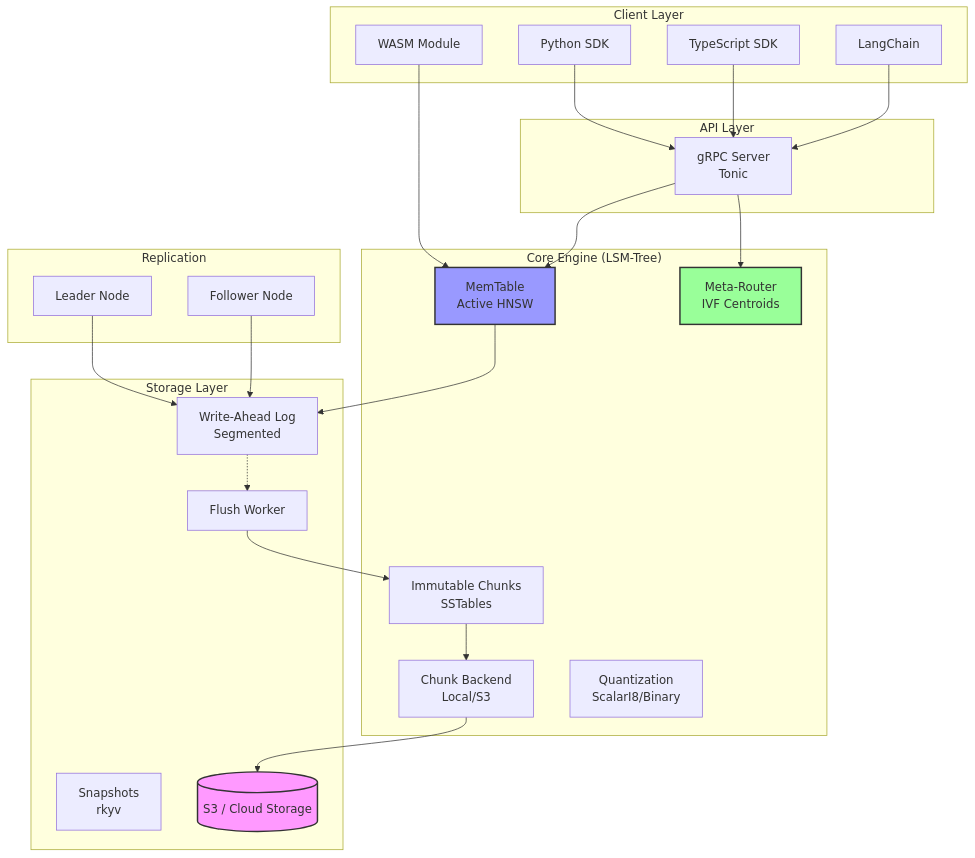
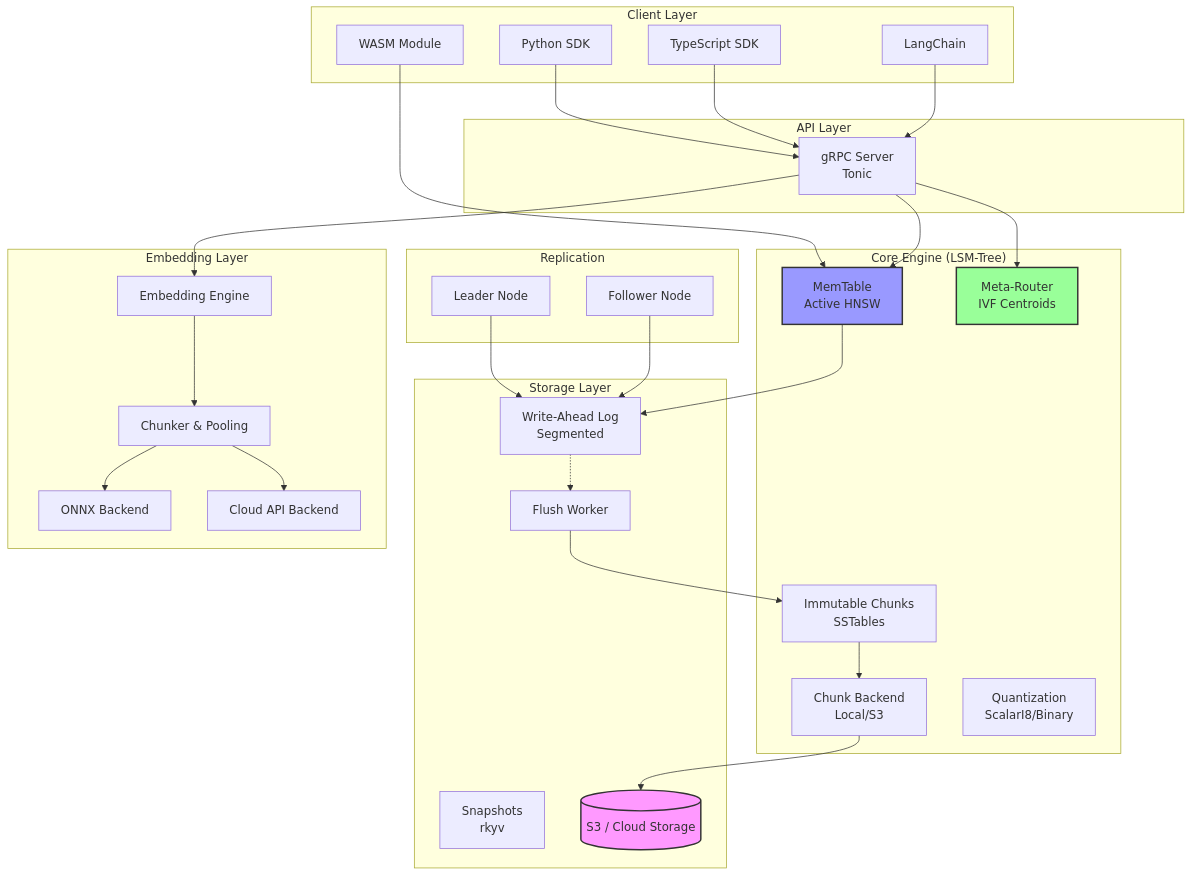
One commit to YARlabs/hyperspace-db changed the first of 7 diagrams in docs/ARCHITECTURE.md. Above: the diagram before and after it, drawn with Mermaid. The commit also changed 27 other files, not shown here.

````diff
--- a/docs/ARCHITECTURE.md
+++ b/docs/ARCHITECTURE.md
@@ -5,53 +5,64 @@
 ```mermaid
 graph TB
     subgraph "Client Layer"
         PY[Python SDK]
         TS[TypeScript SDK]
         WASM[WASM Module]
         LC[LangChain]
     end
     
     subgraph "API Layer"
         GRPC[gRPC Server<br/>Tonic]
     end
     
     subgraph "Core Engine (LSM-Tree)"
         MEM[MemTable<br/>Active HNSW]
         CHUNK[Immutable Chunks<br/>SSTables]
         ROUTER[Meta-Router<br/>IVF Centroids]
         BACKEND[Chunk Backend<br/>Local/S3]
         QUANT[Quantization<br/>ScalarI8/Binary]
     end
     
     subgraph "Storage Layer"
         WAL[Write-Ahead Log<br/>Segmented]
         FLUSH[Flush Worker]
         SNAP[Snapshots<br/>rkyv]
         S3[(S3 / Cloud Storage)]
     end
+
+    subgraph "Embedding Layer"
+        EMBED[Embedding Engine]
+        CHUNKER[Chunker & Pooling]
+        BF_ONNX[ONNX Backend]
+        BF_API[Cloud API Backend]
+    end
     
     subgraph "Replication"
         LEADER[Leader Node]
         FOLLOWER[Follower Node]
     end
     
     PY --> GRPC
     TS --> GRPC
     LC --> GRPC
     WASM --> MEM
     
     GRPC --> MEM
     GRPC --> ROUTER
+    GRPC --> EMBED
+    EMBED --> CHUNKER
+    CHUNKER --> BF_ONNX
+    CHUNKER --> BF_API
     MEM --> WAL
     FLUSH --> CHUNK
     WAL -.-> FLUSH
     CHUNK --> BACKEND
     BACKEND --> S3
     
     LEADER --> WAL
     FOLLOWER --> WAL
     
     style S3 fill:#f9f,stroke:#333,stroke-width:2px
     style ROUTER fill:#9f9,stroke:#333,stroke-width:2px
     style MEM fill:#99f,stroke:#333,stroke-width:2px
 ```
````
